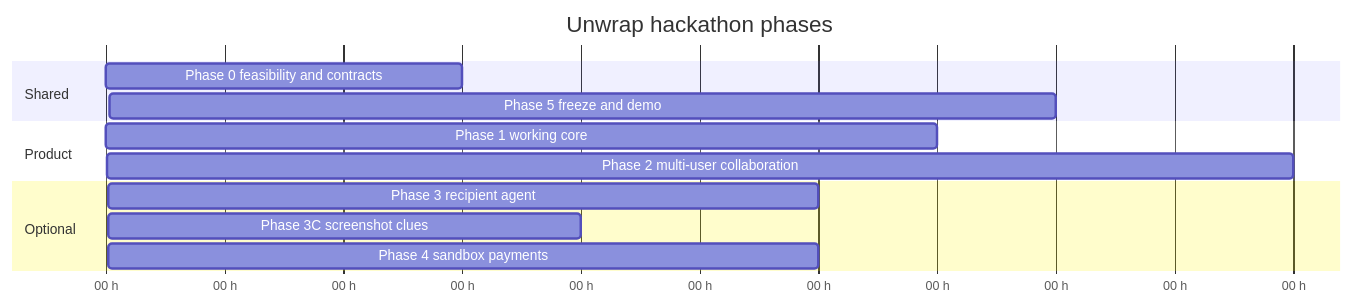
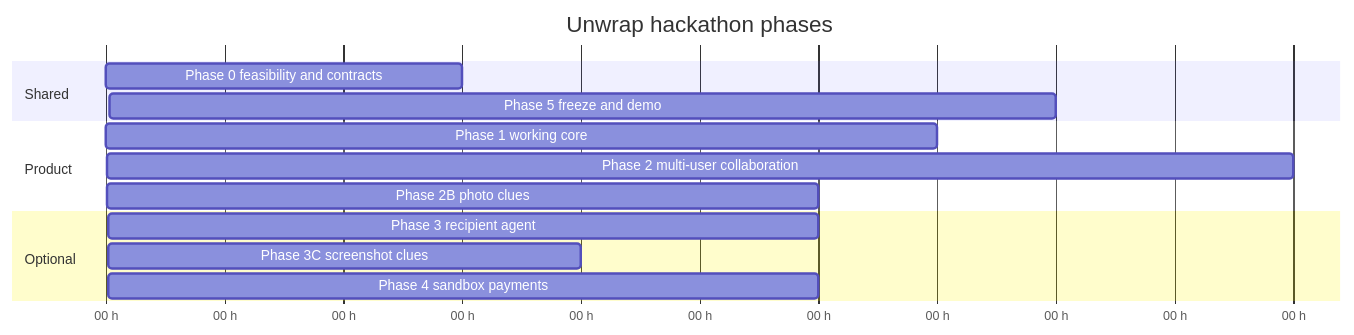
Before and after one commit to Jonjlim/calhacks2026: the diagram in docs/EXECUTION_PLAN.md, drawn with Mermaid. The commit also changed other lines of this file and 7 other files, not shown here.

````diff
--- a/docs/EXECUTION_PLAN.md
+++ b/docs/EXECUTION_PLAN.md
@@ -9,16 +9,17 @@
 ```mermaid
 gantt
   title Unwrap hackathon phases
   dateFormat X
   axisFormat %H h
   section Shared
   Phase 0 feasibility and contracts :p0, 0, 3
   Phase 5 freeze and demo :p5, 28, 8
   section Product
   Phase 1 working core :p1, 3, 7
   Phase 2 multi-user collaboration :p2, 10, 10
+  Phase 2B photo clues :p2b, 14, 6
   section Optional
   Phase 3 recipient agent :p3, 20, 6
   Phase 3C screenshot clues :p3c, 20, 4
   Phase 4 sandbox payments :p4, 22, 6
 ```
````
